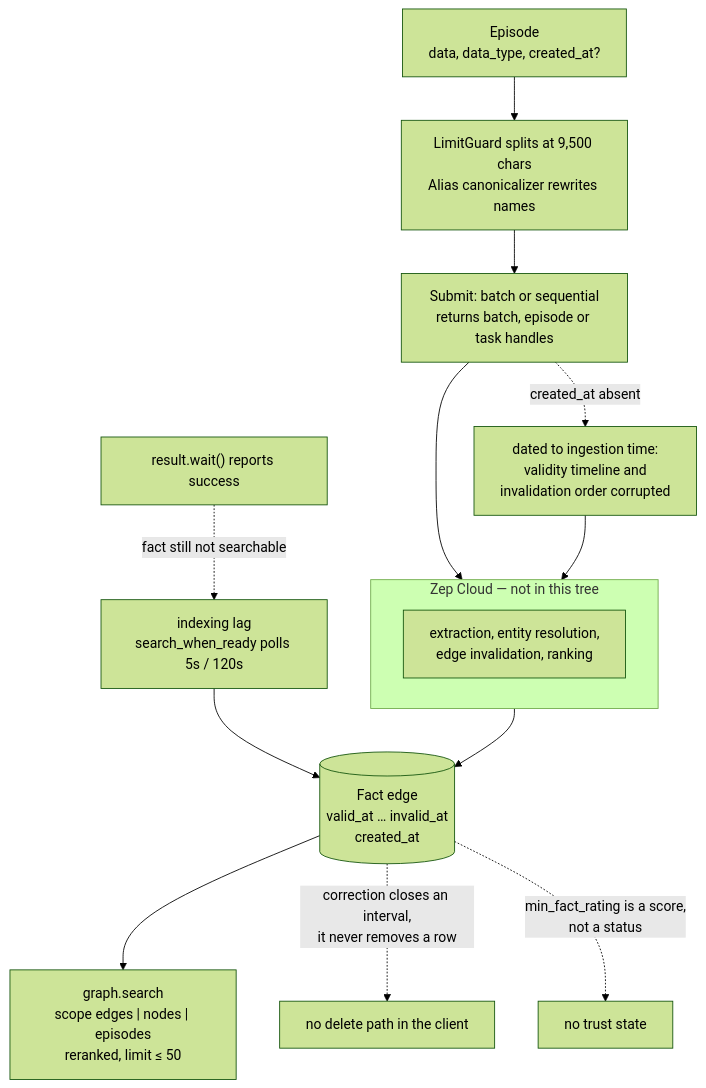
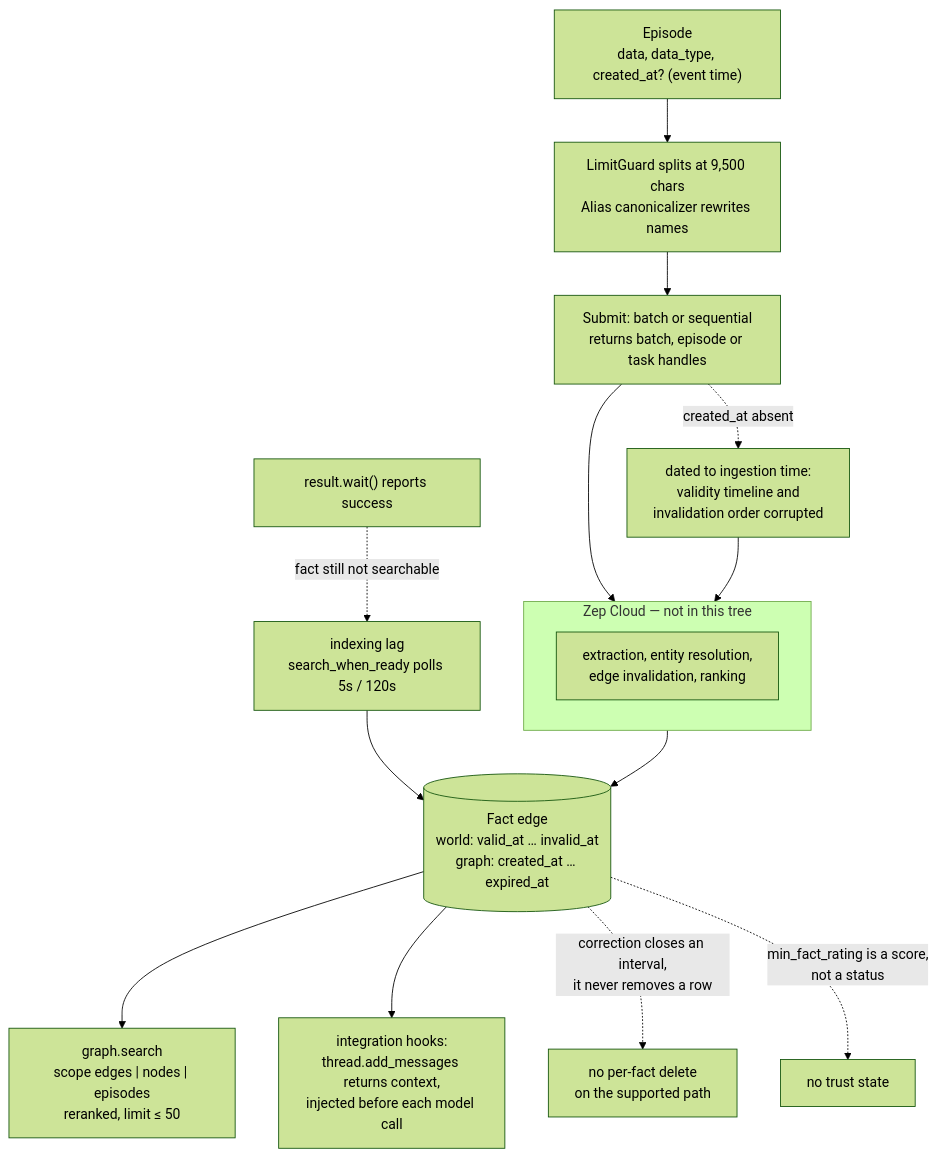
Before and after one commit to neoneye/agent-memory-atlas: the diagram in content/systems/zep.md, drawn with Mermaid (forest theme). The commit also changed other lines of this file and 15 other files, not shown here.

Commit message:
Audit Zep at the unchanged pin: bitemporal withdrawn (the axes live in Graphiti and the hosted service), eight claims corrected

````diff
--- a/content/systems/zep.md
+++ b/content/systems/zep.md
@@ -130,21 +154,22 @@
 ```mermaid
-%% caption: what a client can see of a hosted graph: two lags, three timestamps, and no way to say never again
+%% caption: what a client can see of a hosted graph: two lags, four timestamps, and no way to say never again
 flowchart TB
-    Ep["Episode<br/>data, data_type, created_at?"] --> Guard["LimitGuard splits at 9,500 chars<br/>Alias canonicalizer rewrites names"]
+    Ep["Episode<br/>data, data_type, created_at? (event time)"] --> Guard["LimitGuard splits at 9,500 chars<br/>Alias canonicalizer rewrites names"]
     Guard --> Sub["Submit: batch or sequential<br/>returns batch, episode or task handles"]
     Sub --> Opaque
 
     subgraph Opaque["Zep Cloud — not in this tree"]
       Extract["extraction, entity resolution,<br/>edge invalidation, ranking"]
     end
 
-    Opaque --> Edge[("Fact edge<br/>valid_at … invalid_at<br/>created_at")]
+    Opaque --> Edge[("Fact edge<br/>world: valid_at … invalid_at<br/>graph: created_at … expired_at")]
     Sub -.->|"created_at absent"| Bad["dated to ingestion time:<br/>validity timeline and<br/>invalidation order corrupted"]
     Bad --> Opaque
 
     Wait["result.wait() reports success"] -.->|"fact still not searchable"| Lag["indexing lag<br/>search_when_ready polls 5s / 120s"]
     Lag --> Edge
     Edge --> Read["graph.search<br/>scope edges | nodes | episodes<br/>reranked, limit ≤ 50"]
-    Edge -.->|"correction closes an interval,<br/>it never removes a row"| Keep["no delete path in the client"]
+    Edge --> Inject["integration hooks:<br/>thread.add_messages returns context,<br/>injected before each model call"]
+    Edge -.->|"correction closes an interval,<br/>it never removes a row"| Keep["no per-fact delete<br/>on the supported path"]
     Edge -.->|"min_fact_rating is a score,<br/>not a status"| NoState["no trust state"]
 ```
````
